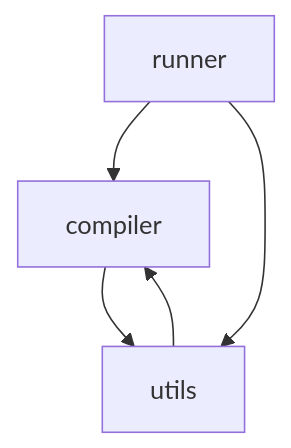
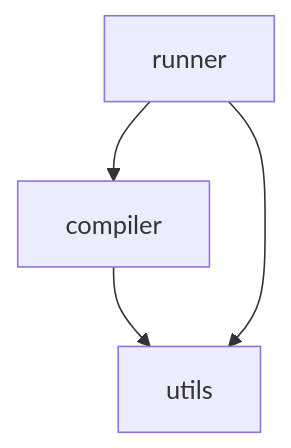
Before and after one commit to Nicolas-Ferre/gpex: the diagram in doc/architecture.md, drawn with Mermaid. The commit also changed 3 other files, not shown here.

Commit message:
Remove coupling to `src/compiler` from `src/utils`

````diff
--- a/doc/architecture.md
+++ b/doc/architecture.md
@@ -52,7 +52,6 @@
 ```mermaid
 graph TD
     compiler --> utils
     runner --> compiler
     runner --> utils
-    utils --> compiler
 ```
````
